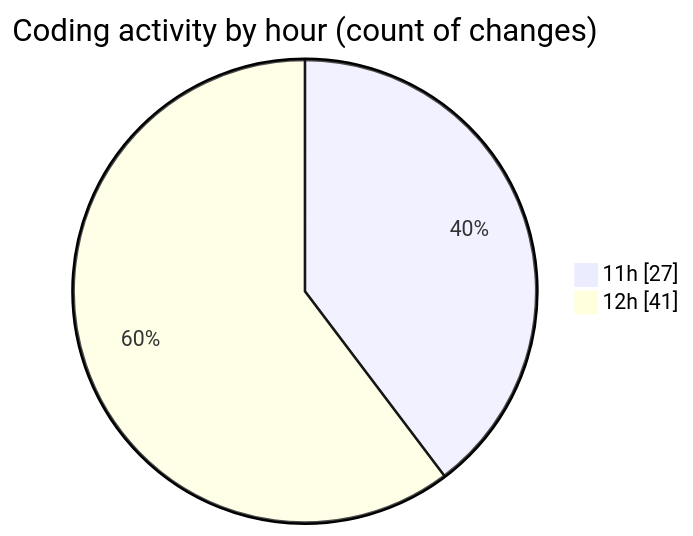
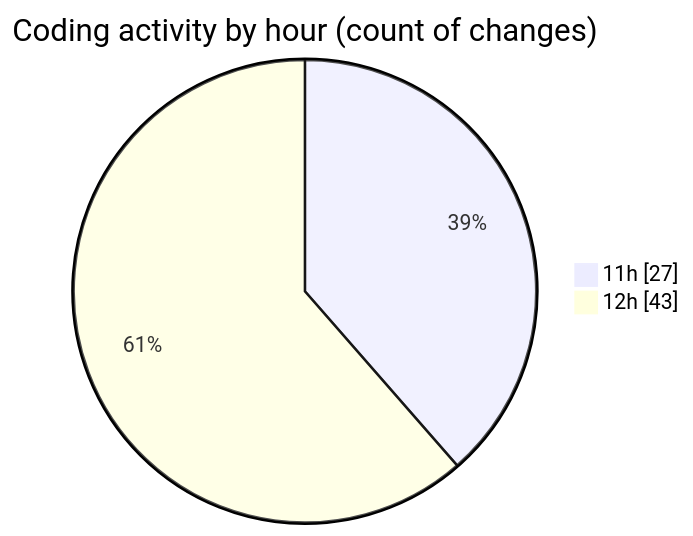
The second of 2 diagrams in 2026-01-05/cda/README.md (momahboobian/code-tracking), drawn with Mermaid before and after one commit. The commit also changed other lines of this file and 1 other file, not shown here.

````diff
--- a/2026-01-05/cda/README.md
+++ b/2026-01-05/cda/README.md
@@ -35,6 +35,6 @@
 ```mermaid
 pie showData
 title Coding activity by hour (count of changes)
 "11h" : 27
-"12h" : 41
+"12h" : 43
 ```
````
